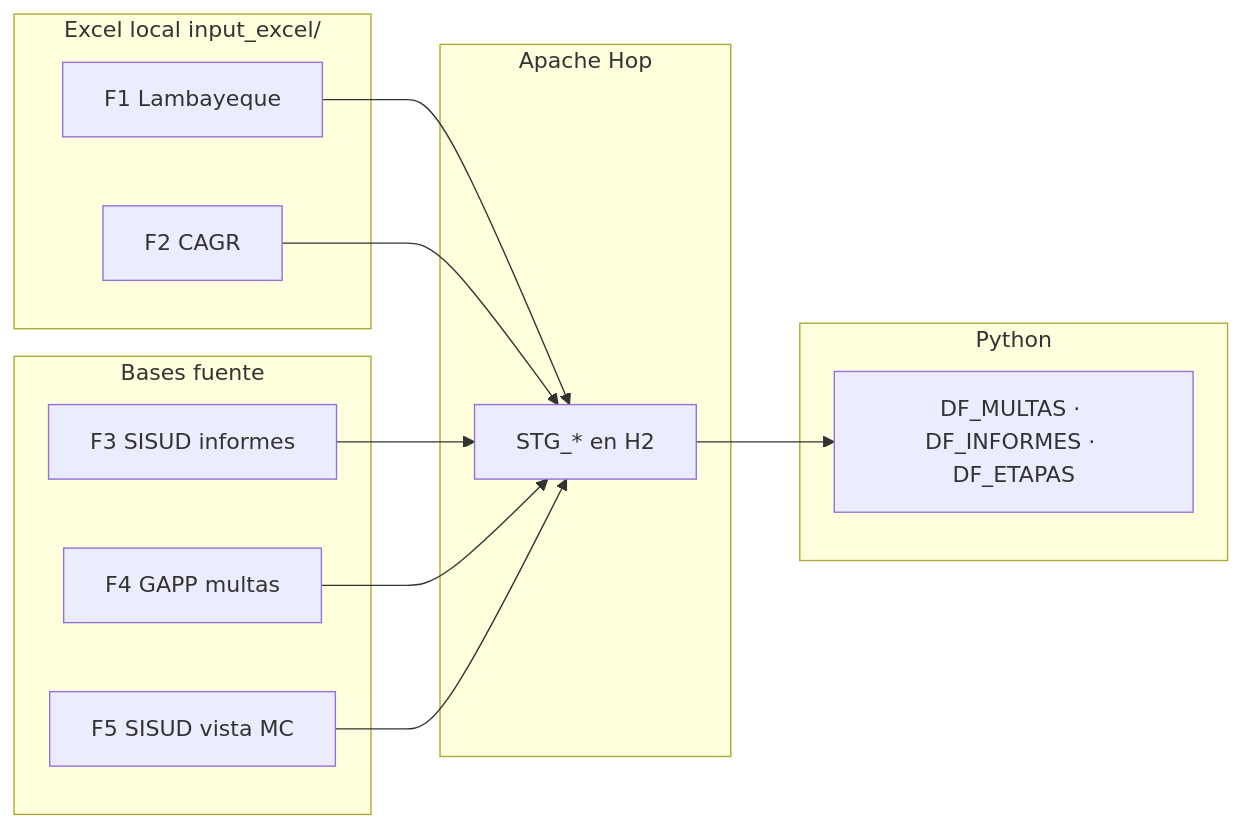
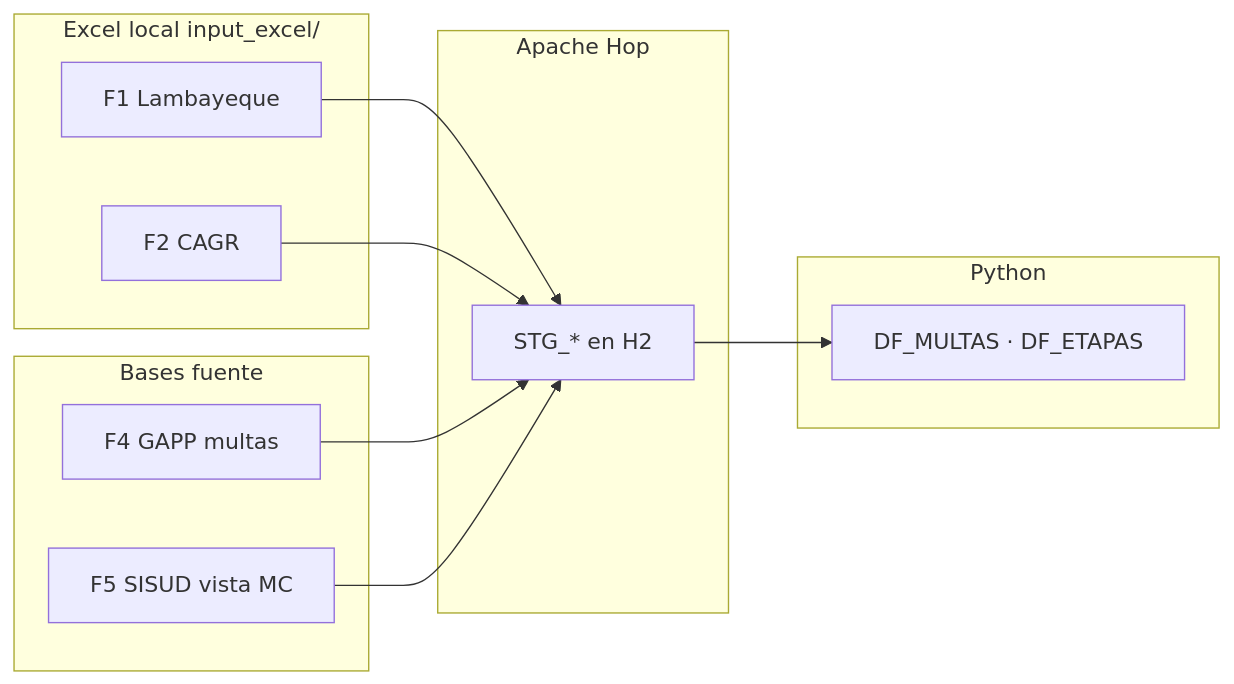
The diagram in docs/inputs/README.md (nwodevops/multa_informes_etl), drawn with Mermaid before and after one commit. The commit also changed other lines of this file and 51 other files, not shown here.

````diff
--- a/docs/inputs/README.md
+++ b/docs/inputs/README.md
@@ -28,28 +31,26 @@
 ```mermaid
 flowchart LR
   subgraph excel [Excel local input_excel/]
     F1["F1 Lambayeque"]
     F2["F2 CAGR"]
   end
 
   subgraph remoto [Bases fuente]
-    F3["F3 SISUD informes"]
     F4["F4 GAPP multas"]
     F5["F5 SISUD vista MC"]
   end
 
   subgraph hop [Apache Hop]
     STG["STG_* en H2"]
   end
 
   subgraph py [Python]
-    DF["DF_MULTAS · DF_INFORMES · DF_ETAPAS"]
+    DF["DF_MULTAS · DF_ETAPAS"]
   end
 
   F1 --> STG
   F2 --> STG
-  F3 --> STG
   F4 --> STG
   F5 --> STG
   STG --> DF
 ```
````
